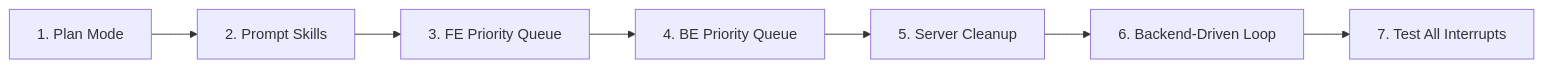
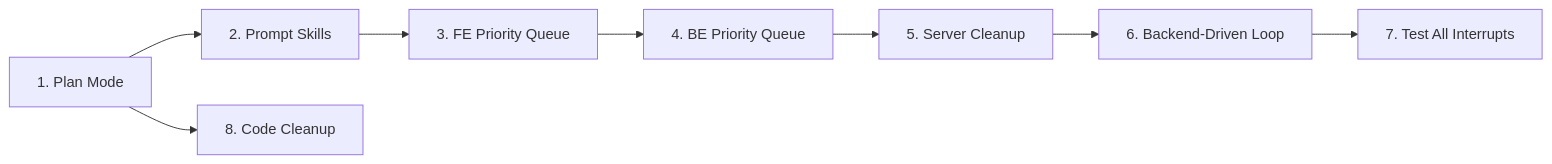
The diagram in .dev/wild_loop_v4_plan.md (hao-ai-lab/research-agent), drawn with Mermaid before and after one commit. The commit also changed other lines of this file, not shown here.

````diff
--- a/.dev/wild_loop_v4_plan.md
+++ b/.dev/wild_loop_v4_plan.md
@@ -295,9 +363,10 @@
 ```mermaid
 graph LR
     S1["1. Plan Mode"] --> S2["2. Prompt Skills"]
     S2 --> S3["3. FE Priority Queue"]
     S3 --> S4["4. BE Priority Queue"]
     S4 --> S5["5. Server Cleanup"]
     S5 --> S6["6. Backend-Driven Loop"]
     S6 --> S7["7. Test All Interrupts"]
+    S1 --> S8["8. Code Cleanup"]
 ```
````
